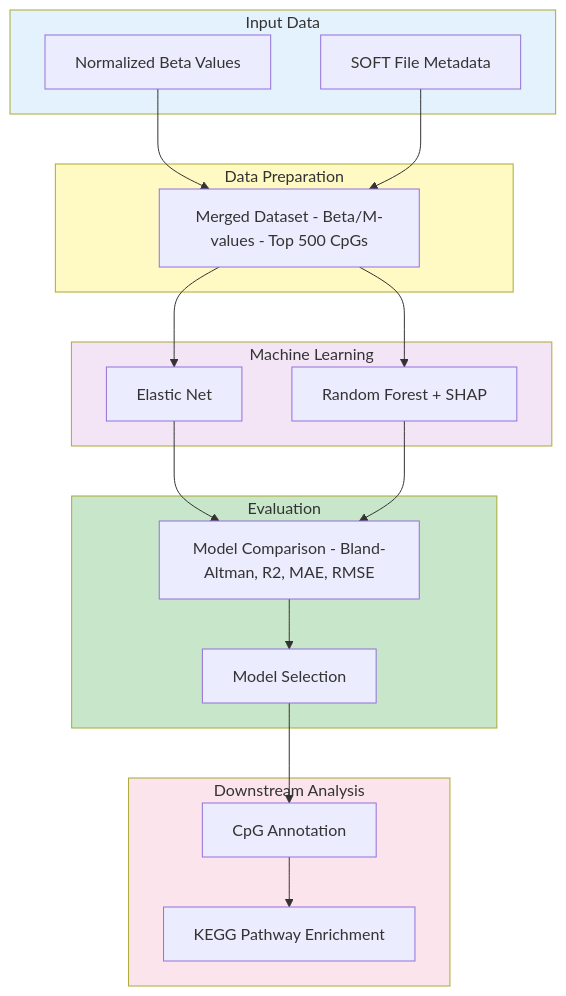
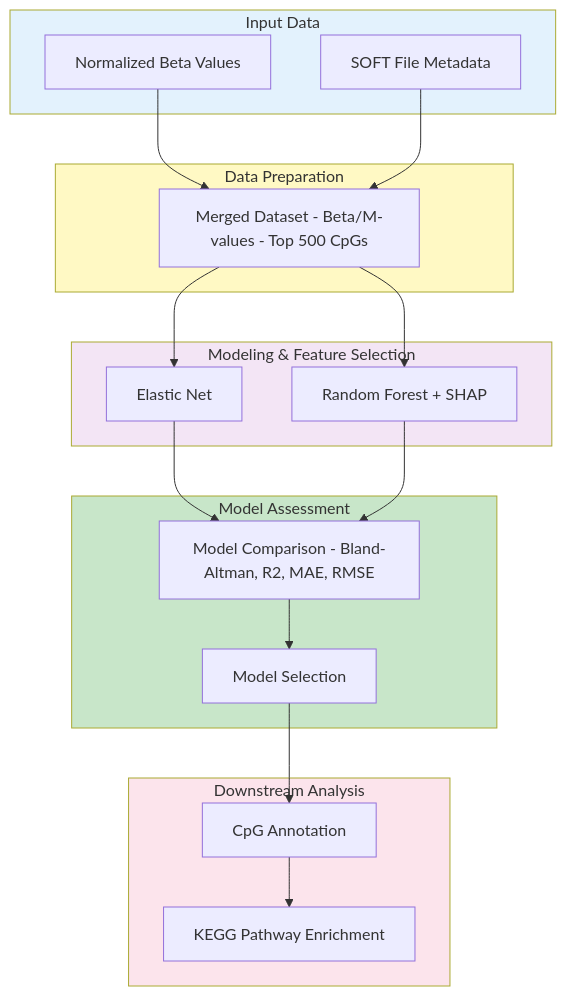
Before and after one commit to Magal88/BINF7700_Capstone_Eisik_Magali: the diagram in README.md, drawn with Mermaid.

Commit message:
Update subgraph titles in README

````diff
--- a/README.md
+++ b/README.md
@@ -10,42 +10,42 @@
 ```mermaid
 flowchart TD
     subgraph Input ["Input Data"]
         A[Normalized Beta Values]
         B[SOFT File Metadata]
     end
 
     subgraph Prep ["Data Preparation"]
         C[Merged Dataset - Beta/M-values - Top 500 CpGs]
     end
 
-    subgraph ML ["Machine Learning"]
+    subgraph ML ["Modeling & Feature Selection"]
         D[Elastic Net]
         E[Random Forest + SHAP]
     end
 
-    subgraph Eval ["Evaluation"]
+    subgraph Eval ["Model Assessment"]
         F[Model Comparison - Bland-Altman, R2, MAE, RMSE]
         G[Model Selection]
     end
 
     subgraph Analysis ["Downstream Analysis"]
         H[CpG Annotation]
         I[KEGG Pathway Enrichment]
     end
 
     A --> C
     B --> C
     C --> D
     C --> E
     D --> F
     E --> F
     F --> G
     G --> H
     H --> I
 
     style Input fill:#e3f2fd
     style Prep fill:#fff9c4
     style ML fill:#f3e5f5
     style Eval fill:#c8e6c9
     style Analysis fill:#fce4ec
 ```
````
